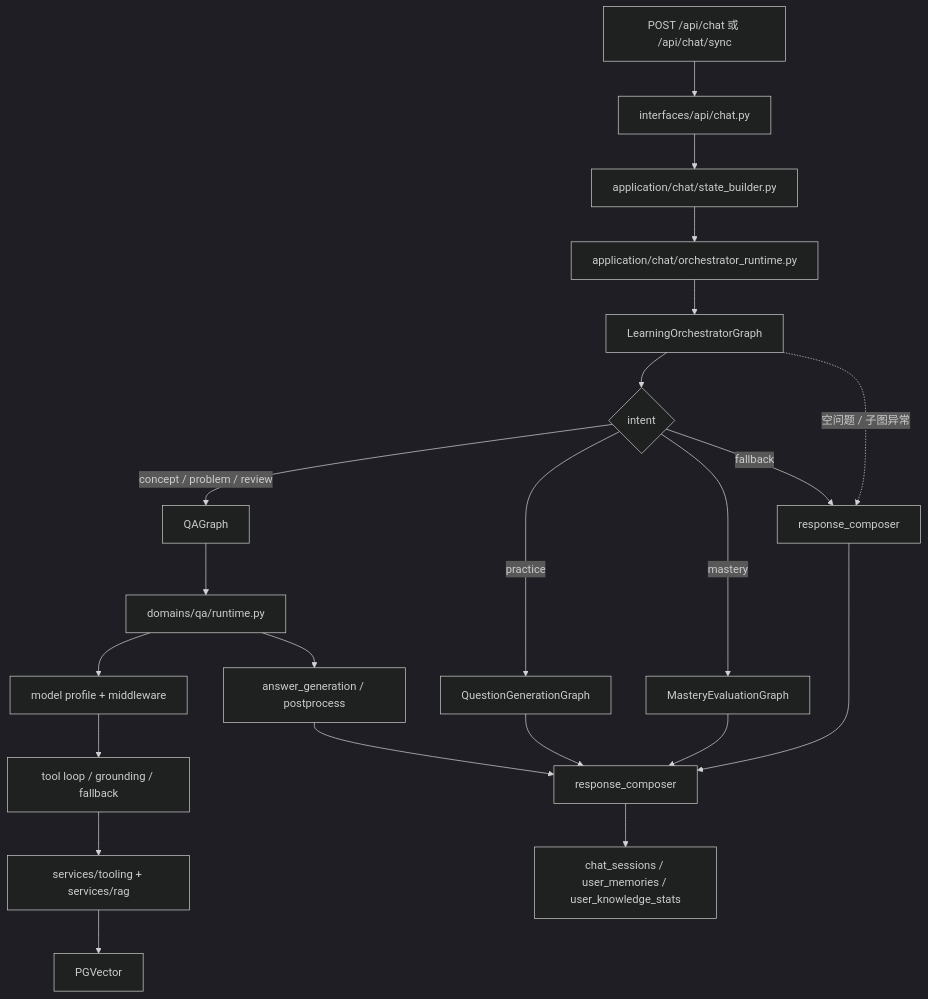
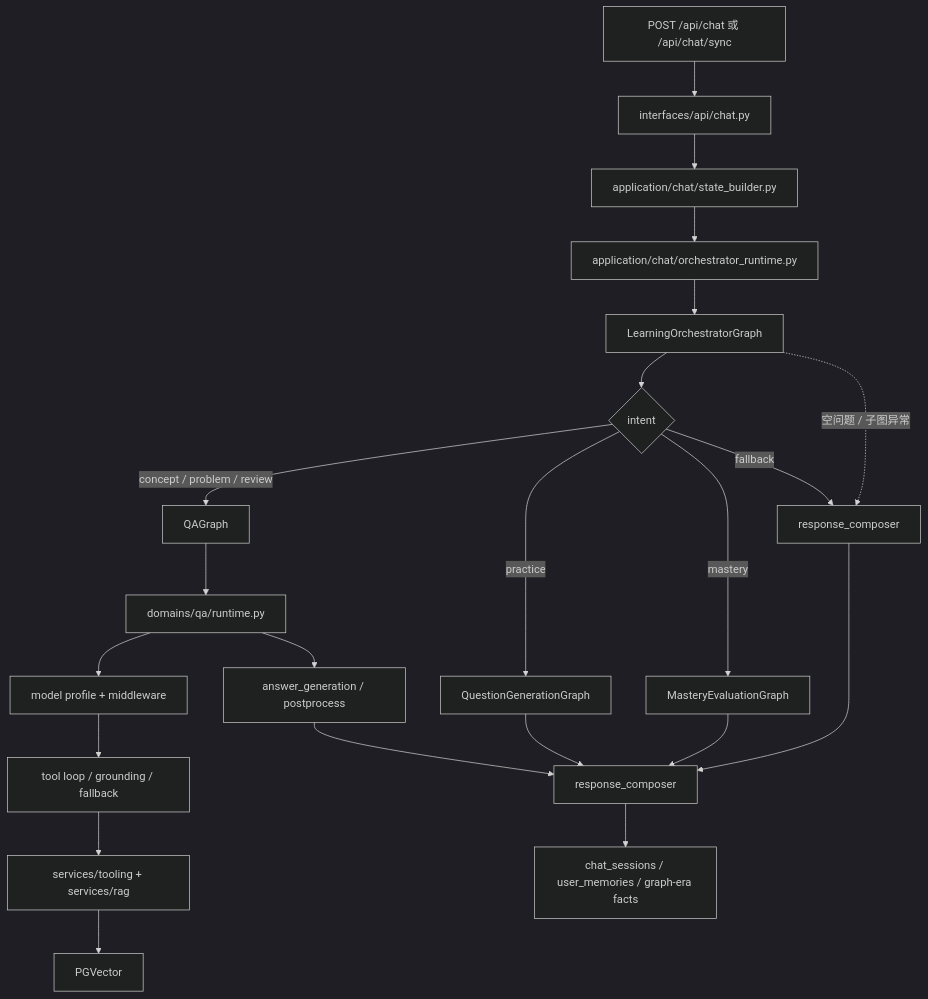
Before and after one commit to Xiaomuw/Learning-assistant: the third of 7 diagrams in docs/feature-flows.md, drawn with Mermaid (dark theme). The commit also changed other lines of this file and 94 other files, not shown here.

Commit message:
feat: sync graph practice auth and weapp updates

````diff
--- a/docs/feature-flows.md
+++ b/docs/feature-flows.md
@@ -51,24 +51,24 @@
 ```mermaid
 flowchart TD
     A["POST /api/chat 或 /api/chat/sync"] --> B["interfaces/api/chat.py"]
     B --> C["application/chat/state_builder.py"]
     C --> D["application/chat/orchestrator_runtime.py"]
     D --> E["LearningOrchestratorGraph"]
     E --> F{"intent"}
     F -->|"concept / problem / review"| G["QAGraph"]
     F -->|"practice"| I["QuestionGenerationGraph"]
     F -->|"mastery"| H["MasteryEvaluationGraph"]
     F -->|"fallback"| J["response_composer"]
     G --> K["domains/qa/runtime.py"]
     K --> L["model profile + middleware"]
     L --> M["tool loop / grounding / fallback"]
     M --> N["services/tooling + services/rag"]
     N --> O["PGVector"]
     K --> P["answer_generation / postprocess"]
     P --> Z["response_composer"]
     I --> Z
     H --> Z
     J --> Z
-    Z --> R["chat_sessions / user_memories / user_knowledge_stats"]
+    Z --> R["chat_sessions / user_memories / graph-era facts"]
     E -.空问题 / 子图异常.-> J
 ```
````
